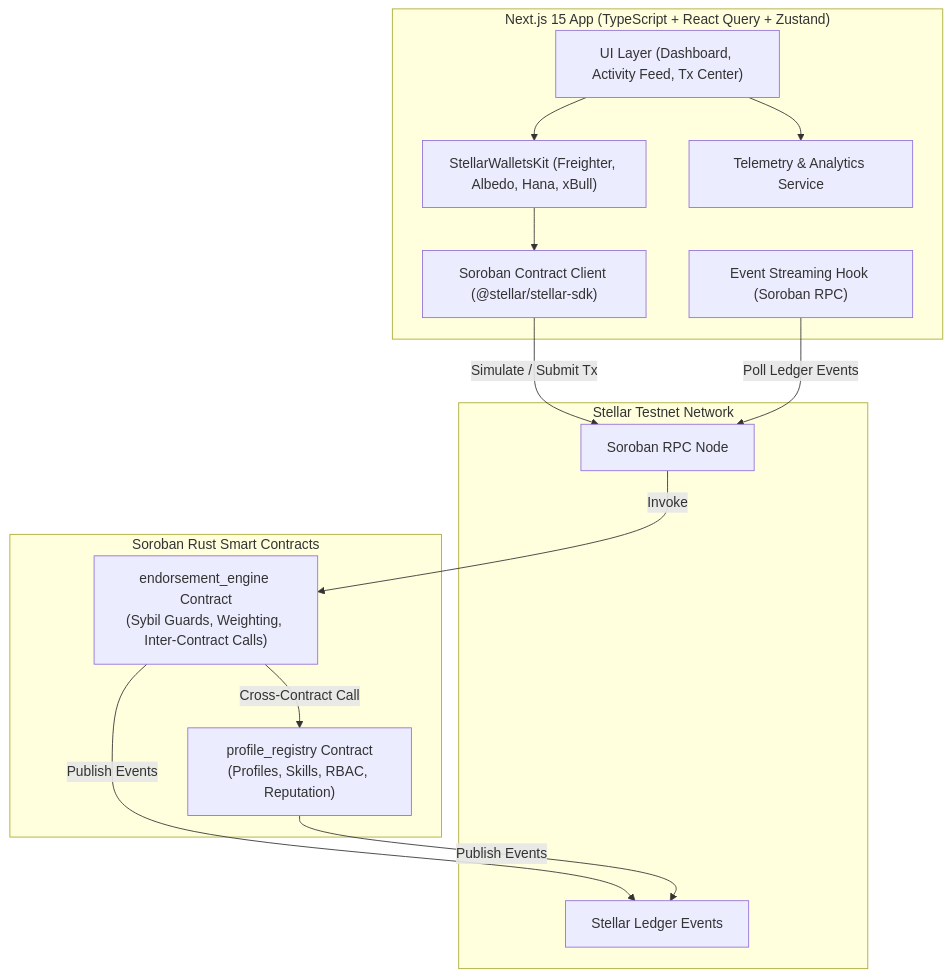
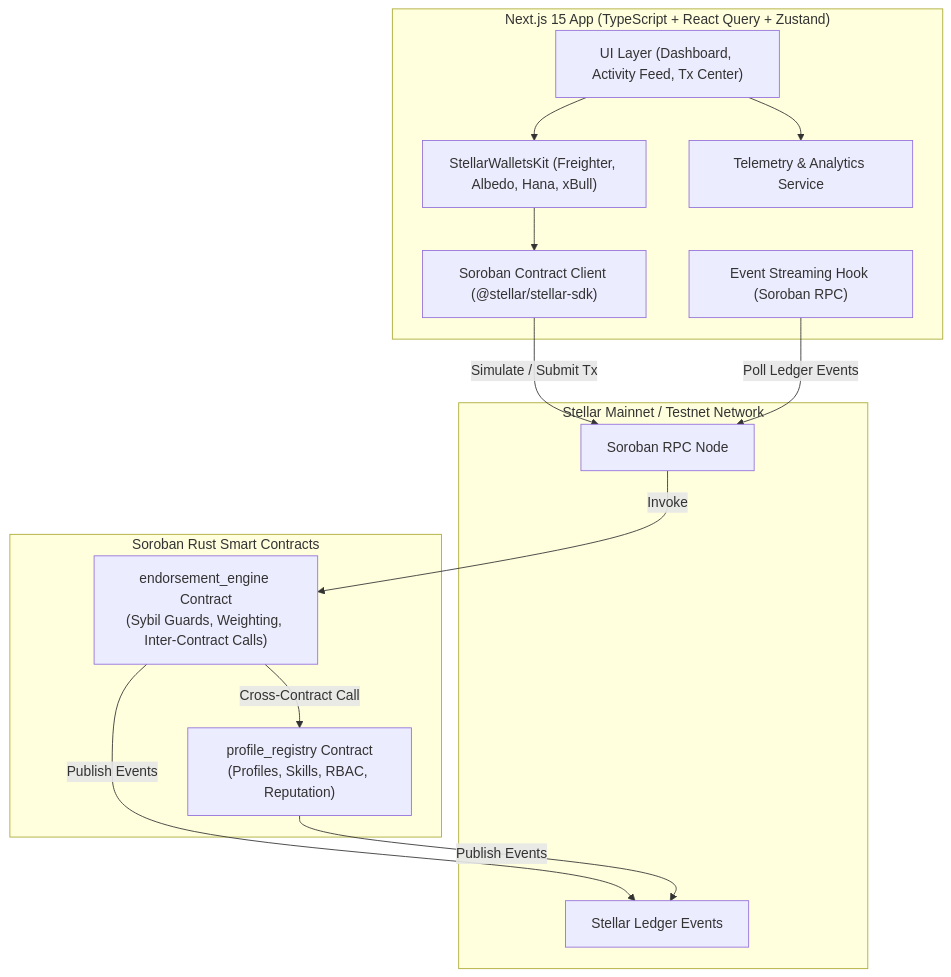
One commit to ashishh-tech/Stellar-Skill-Endorsement-Network changed the first of 2 diagrams in README.md. Above: the diagram before and after it, drawn with Mermaid. The commit also changed other lines of this file and 3 other files, not shown here.

````diff
--- a/README.md
+++ b/README.md
@@ -72,30 +96,30 @@
 ```mermaid
 graph TD
     subgraph Frontend ["Next.js 15 App (TypeScript + React Query + Zustand)"]
         UI["UI Layer (Dashboard, Activity Feed, Tx Center)"]
         WK["StellarWalletsKit (Freighter, Albedo, Hana, xBull)"]
         CL["Soroban Contract Client (@stellar/stellar-sdk)"]
         ES["Event Streaming Hook (Soroban RPC)"]
         MON["Telemetry & Analytics Service"]
     end
 
-    subgraph Stellar ["Stellar Testnet Network"]
+    subgraph Stellar ["Stellar Mainnet / Testnet Network"]
         RPC["Soroban RPC Node"]
         LEDGER["Stellar Ledger Events"]
     end
 
     subgraph Contracts ["Soroban Rust Smart Contracts"]
         PR["profile_registry Contract\n(Profiles, Skills, RBAC, Reputation)"]
         EE["endorsement_engine Contract\n(Sybil Guards, Weighting, Inter-Contract Calls)"]
     end
 
     UI --> WK
     WK --> CL
     CL -->|Simulate / Submit Tx| RPC
     RPC -->|Invoke| EE
     EE -->|Cross-Contract Call| PR
     EE -->|Publish Events| LEDGER
     PR -->|Publish Events| LEDGER
     ES -->|Poll Ledger Events| RPC
     UI --> MON
 ```
````
